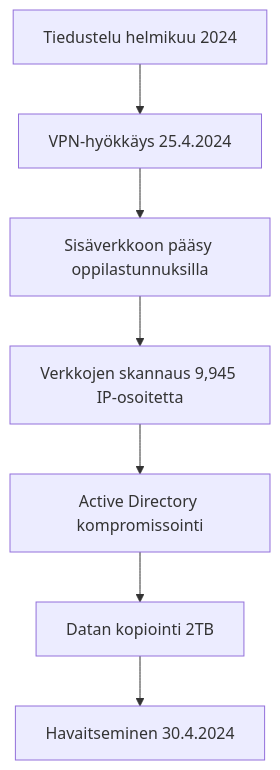
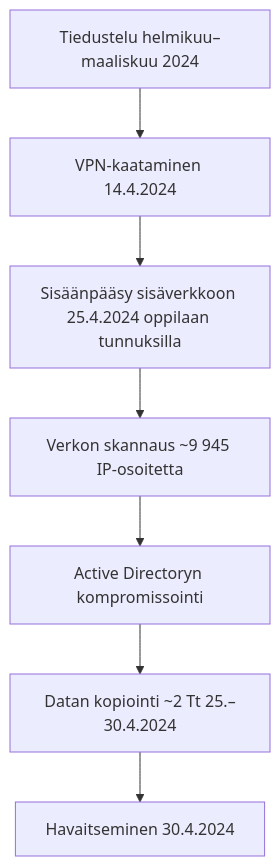
The diagram in Analyses/helsinki-cyberattack-readme.md (Petsku01/Theory), drawn with Mermaid before and after one commit. The commit also changed other lines of this file, not shown here.

````diff
--- a/Analyses/helsinki-cyberattack-readme.md
+++ b/Analyses/helsinki-cyberattack-readme.md
@@ -33,9 +32,9 @@
 ```mermaid
 graph TD
-    A[Tiedustelu helmikuu 2024] --> B[VPN-hyökkäys 25.4.2024]
-    B --> C[Sisäverkkoon pääsy oppilastunnuksilla]
-    C --> D[Verkkojen skannaus 9,945 IP-osoitetta]
-    D --> E[Active Directory kompromissointi]
-    E --> F[Datan kopiointi 2TB]
+    A[Tiedustelu helmikuu–maaliskuu 2024] --> B[VPN-kaataminen 14.4.2024]
+    B --> C[Sisäänpääsy sisäverkkoon 25.4.2024 oppilaan tunnuksilla]
+    C --> D[Verkon skannaus ~9 945 IP-osoitetta]
+    D --> E[Active Directoryn kompromissointi]
+    E --> F[Datan kopiointi ~2 Tt 25.–30.4.2024]
     F --> G[Havaitseminen 30.4.2024]
 ```
````
